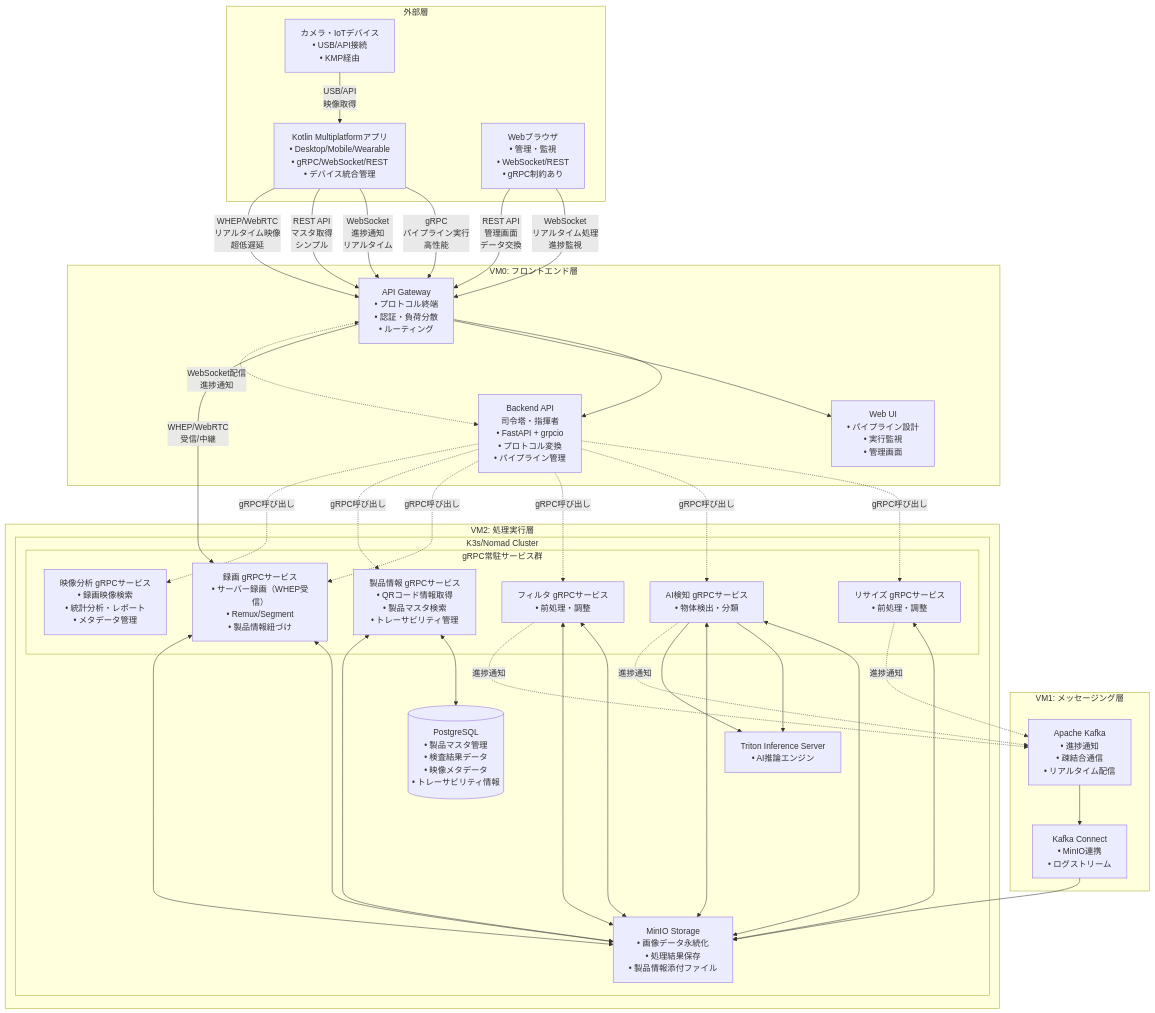
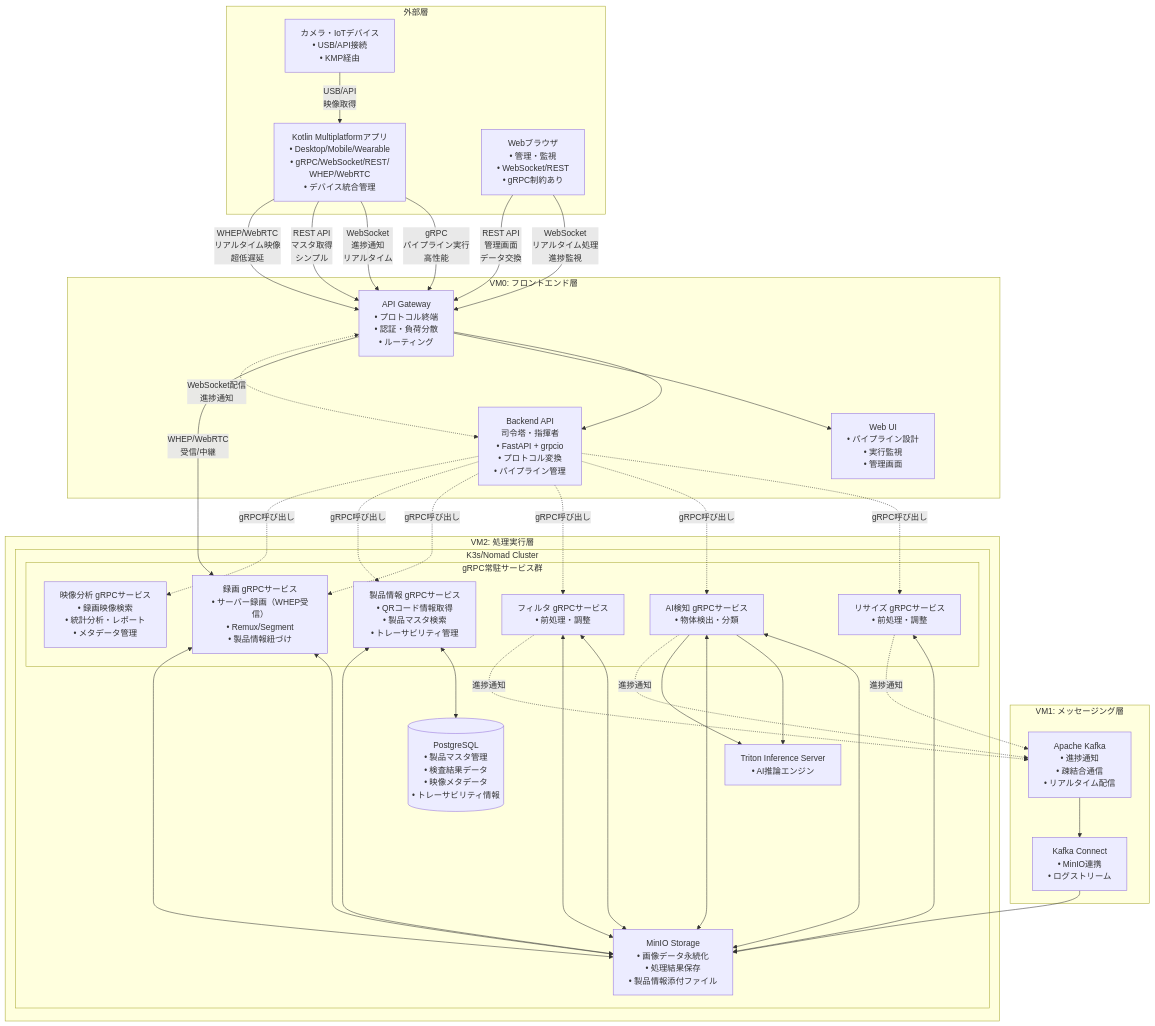
One commit to daichiTAAA/ImageFlowCanvas changed the first of 3 diagrams in docs/0300_設計_アプローチ1/0300_システム基本設計.md. Above: the diagram before and after it, drawn with Mermaid.

Commit message:
要件定義書と設計書を修正した

````diff
--- a/docs/0300_設計_アプローチ1/0300_システム基本設計.md
+++ b/docs/0300_設計_アプローチ1/0300_システム基本設計.md
@@ -44,7 +44,7 @@
 ```mermaid
 graph TB
     subgraph "外部層"
-        KMPApp[Kotlin Multiplatformアプリ<br/>• Desktop/Mobile/Wearable<br/>• gRPC/WebSocket/REST<br/>• デバイス統合管理]
+        KMPApp[Kotlin Multiplatformアプリ<br/>• Desktop/Mobile/Wearable<br/>• gRPC/WebSocket/REST/<br>WHEP/WebRTC<br/>• デバイス統合管理]
         WebClient[Webブラウザ<br/>• 管理・監視<br/>• WebSocket/REST<br/>• gRPC制約あり]
         Camera[カメラ・IoTデバイス<br/>• USB/API接続<br/>• KMP経由]
     end
````
